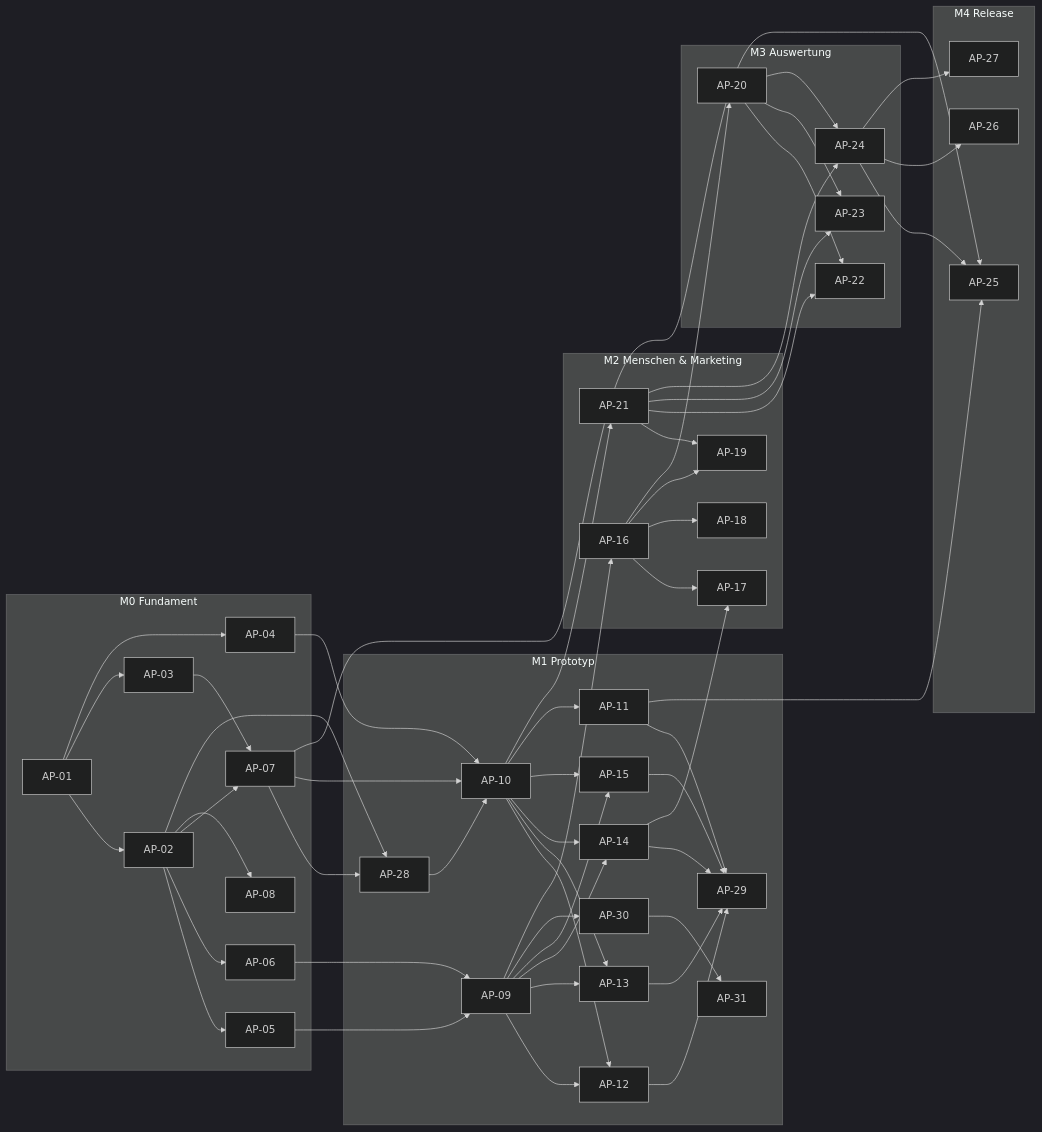
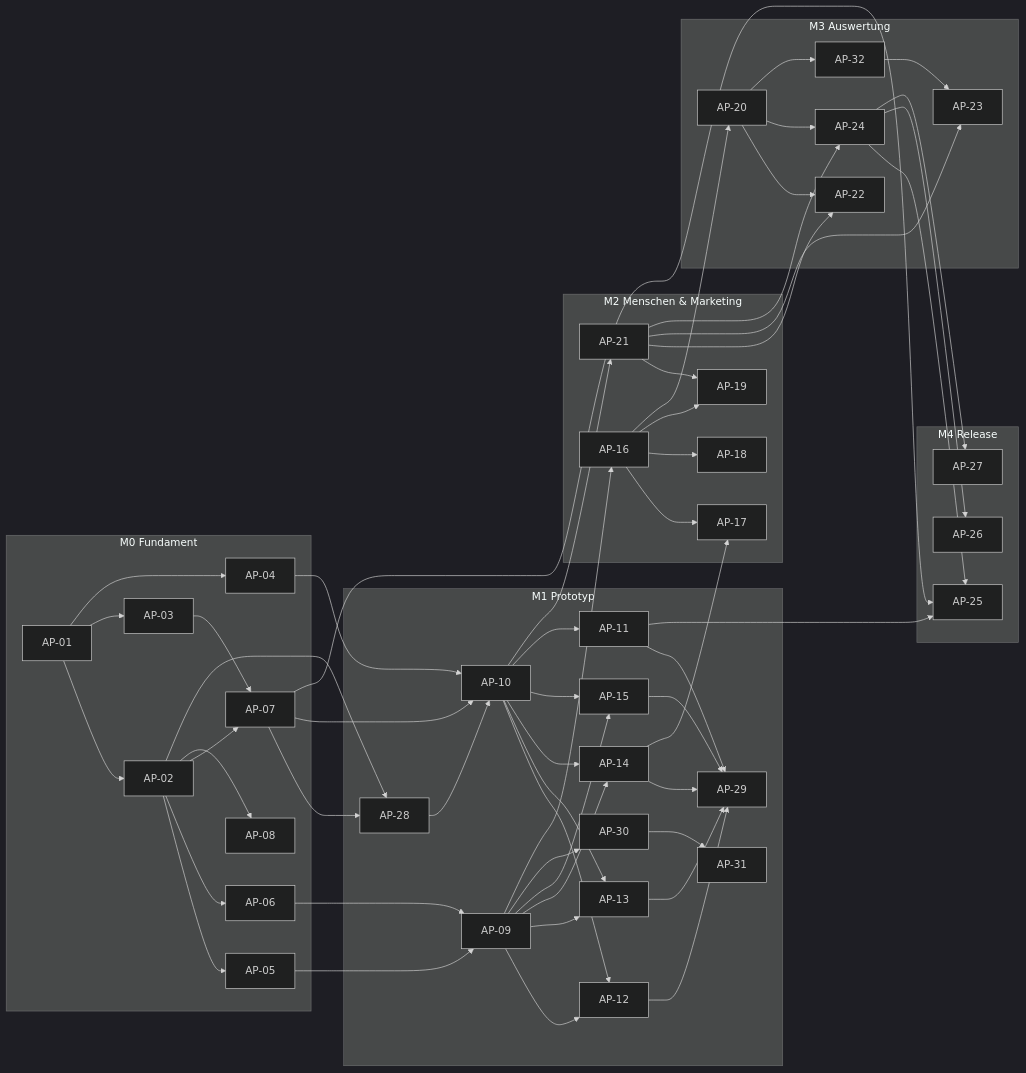
The third of 3 diagrams in docs/masterBuildPlan.md (CemDCoding/appManager), drawn with Mermaid (dark theme) before and after one commit. The commit also changed other lines of this file, not shown here.

````diff
--- a/docs/masterBuildPlan.md
+++ b/docs/masterBuildPlan.md
@@ -566,38 +569,39 @@
 ```mermaid
 flowchart LR
   subgraph M0["M0 Fundament"]
     AP01["AP-01"] --> AP02["AP-02"] & AP03["AP-03"] & AP04["AP-04"]
     AP02 --> AP05["AP-05"] & AP06["AP-06"] & AP07["AP-07"] & AP08["AP-08"]
     AP03 --> AP07
   end
   subgraph M1["M1 Prototyp"]
     AP09["AP-09"]
     AP28["AP-28"]
     AP10["AP-10"]
     AP09 & AP10 --> AP12["AP-12"] & AP13["AP-13"] & AP14["AP-14"] & AP15["AP-15"]
     AP10 --> AP11["AP-11"]
     AP11 & AP12 & AP13 & AP14 & AP15 --> AP29["AP-29"]
     AP09 --> AP30["AP-30"] --> AP31["AP-31"]
   end
   subgraph M2["M2 Menschen & Marketing"]
     AP16["AP-16"] --> AP17["AP-17"] & AP18["AP-18"] & AP19["AP-19"]
     AP21["AP-21"] --> AP19
   end
   subgraph M3["M3 Auswertung"]
-    AP20["AP-20"] --> AP22["AP-22"] & AP23["AP-23"] & AP24["AP-24"]
+    AP20["AP-20"] --> AP22["AP-22"] & AP24["AP-24"] & AP32["AP-32"]
+    AP32 --> AP23["AP-23"]
   end
   AP21 --> AP22 & AP23 & AP24
   AP14 --> AP17
   subgraph M4["M4 Release"]
     AP25["AP-25"]
     AP26["AP-26"]
     AP27["AP-27"]
   end
   AP05 & AP06 --> AP09
   AP02 & AP07 --> AP28
   AP04 & AP07 & AP28 --> AP10
   AP09 --> AP16 --> AP20
   AP10 --> AP21
   AP07 & AP11 --> AP25
   AP24 --> AP25 & AP26 & AP27
 ```
````
